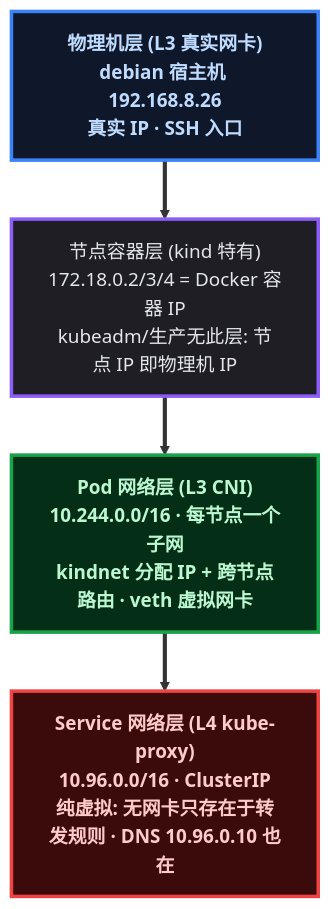
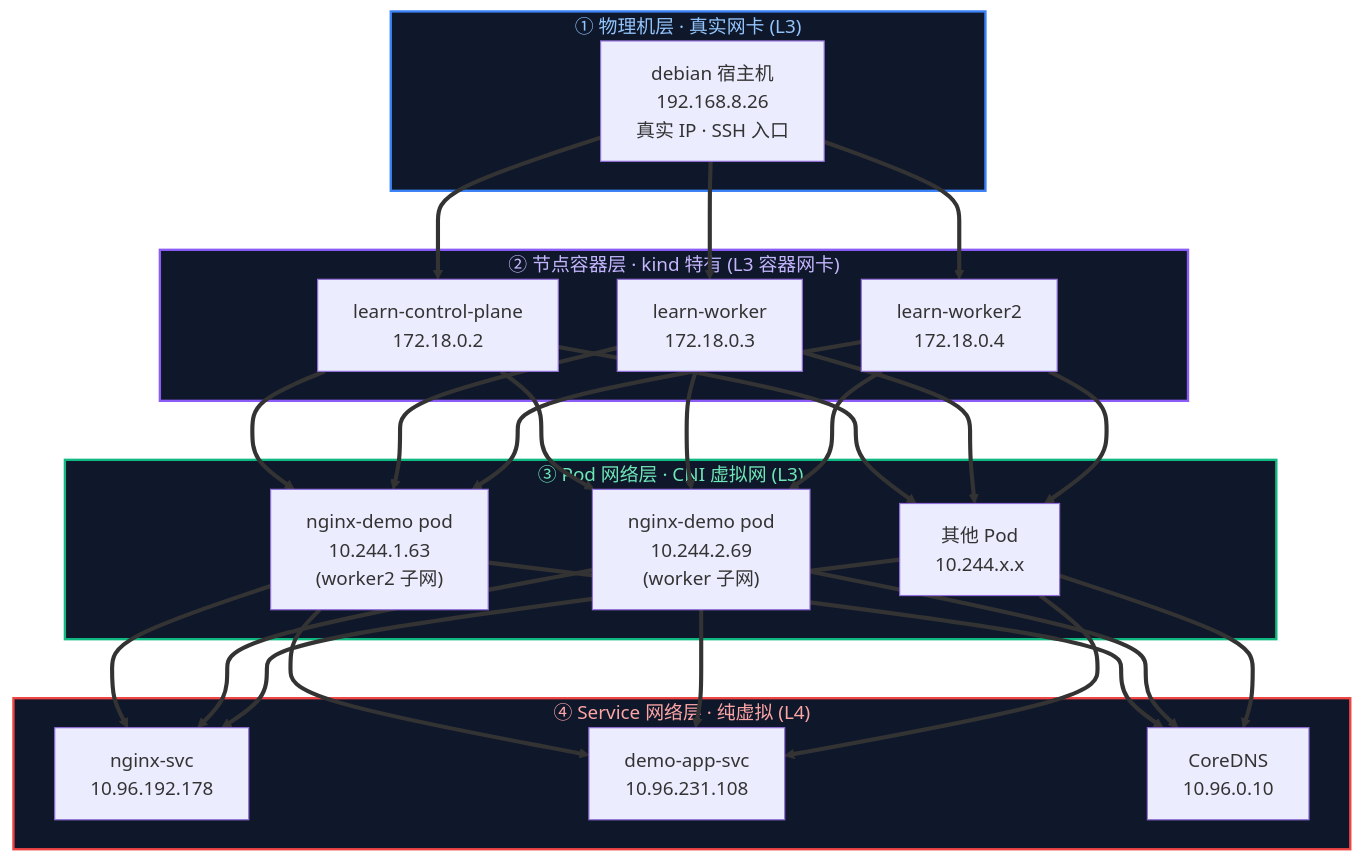
Before and after one commit to yaocat55/yaocat55.github.io: the second of 4 diagrams in content/posts/kubernetes/K8sNetworkLayeringMap.md, drawn with Mermaid. The commit also changed other lines of this file, not shown here.

Commit message:
docs: 网络分层图升级为四层容器+IP实例对应版(颜色优化/subgraph分层/实例标注)

````diff
--- a/content/posts/kubernetes/K8sNetworkLayeringMap.md
+++ b/content/posts/kubernetes/K8sNetworkLayeringMap.md
@@ -98,20 +98,39 @@
 ```mermaid
-%% K8s 四层网络栈: 物理机 → 节点容器 → Pod → Service (分层堆叠, 数据包自上而下穿透)
+%% K8s 四层网络栈: 每层一个容器, 内含该层的真实 IP 实例; 数据包自上而下穿透
 flowchart TD
-    classDef real fill:#0f172a,stroke:#3b82f6,stroke-width:3px,color:#bfdbfe,font-weight:bold;
-    classDef kind fill:#1e1e24,stroke:#8b5cf6,stroke-width:3px,color:#e5e7eb;
-    classDef pod fill:#052e16,stroke:#16a34a,stroke-width:3px,color:#bbf7d0,font-weight:bold;
-    classDef virt fill:#3b0a0a,stroke:#ef4444,stroke-width:3px,color:#fecaca,font-weight:bold;
+    classDef real fill:#1e3a8a,stroke:#60a5fa,stroke-width:2px,color:#dbeafe;
+    classDef kind fill:#312e81,stroke:#a78bfa,stroke-width:2px,color:#ede9fe;
+    classDef pod fill:#065f46,stroke:#34d399,stroke-width:2px,color:#d1fae5;
+    classDef virt fill:#7f1d1d,stroke:#f87171,stroke-width:2px,color:#fee2e2;
 
-    M["物理机层 (L3 真实网卡)<br/>debian 宿主机 192.168.8.26<br/>真实 IP · SSH 入口"]
-    N["节点容器层 (kind 特有)<br/>172.18.0.2/3/4 = Docker 容器 IP<br/>kubeadm/生产无此层: 节点 IP 即物理机 IP"]
-    P["Pod 网络层 (L3 CNI)<br/>10.244.0.0/16 · 每节点一个子网<br/>kindnet 分配 IP + 跨节点路由 · veth 虚拟网卡"]
-    S["Service 网络层 (L4 kube-proxy)<br/>10.96.0.0/16 · ClusterIP<br/>纯虚拟: 无网卡只存在于转发规则 · DNS 10.96.0.10 也在"]
+    subgraph L1["① 物理机层 · 真实网卡 (L3)"]
+        M["debian 宿主机<br/>192.168.8.26<br/>真实 IP · SSH 入口"]
+    end
 
-    M ==> N ==> P ==> S
+    subgraph L2["② 节点容器层 · kind 特有 (L3 容器网卡)"]
+        N1["learn-control-plane<br/>172.18.0.2"]
+        N2["learn-worker<br/>172.18.0.3"]
+        N3["learn-worker2<br/>172.18.0.4"]
+    end
 
-    class M real;
-    class N kind;
-    class P pod;
-    class S virt;
+    subgraph L3["③ Pod 网络层 · CNI 虚拟网 (L3)"]
+        P1n["nginx-demo pod<br/>10.244.1.63<br/>(worker2 子网)"]
+        P2n["nginx-demo pod<br/>10.244.2.69<br/>(worker 子网)"]
+        P3n["其他 Pod<br/>10.244.x.x"]
+    end
+
+    subgraph L4["④ Service 网络层 · 纯虚拟 (L4)"]
+        S1["nginx-svc<br/>10.96.192.178"]
+        S2["demo-app-svc<br/>10.96.231.108"]
+        S3["CoreDNS<br/>10.96.0.10"]
+    end
+
+    M ==> N1 & N2 & N3
+    N1 & N2 & N3 ==> P1n & P2n & P3n
+    P1n & P2n & P3n ==> S1 & S2 & S3
+
+    style L1 fill:#0f172a,stroke:#3b82f6,stroke-width:2px,color:#93c5fd
+    style L2 fill:#0f172a,stroke:#8b5cf6,stroke-width:2px,color:#c4b5fd
+    style L3 fill:#0f172a,stroke:#10b981,stroke-width:2px,color:#6ee7b7
+    style L4 fill:#0f172a,stroke:#ef4444,stroke-width:2px,color:#fca5a5
 ```
````
